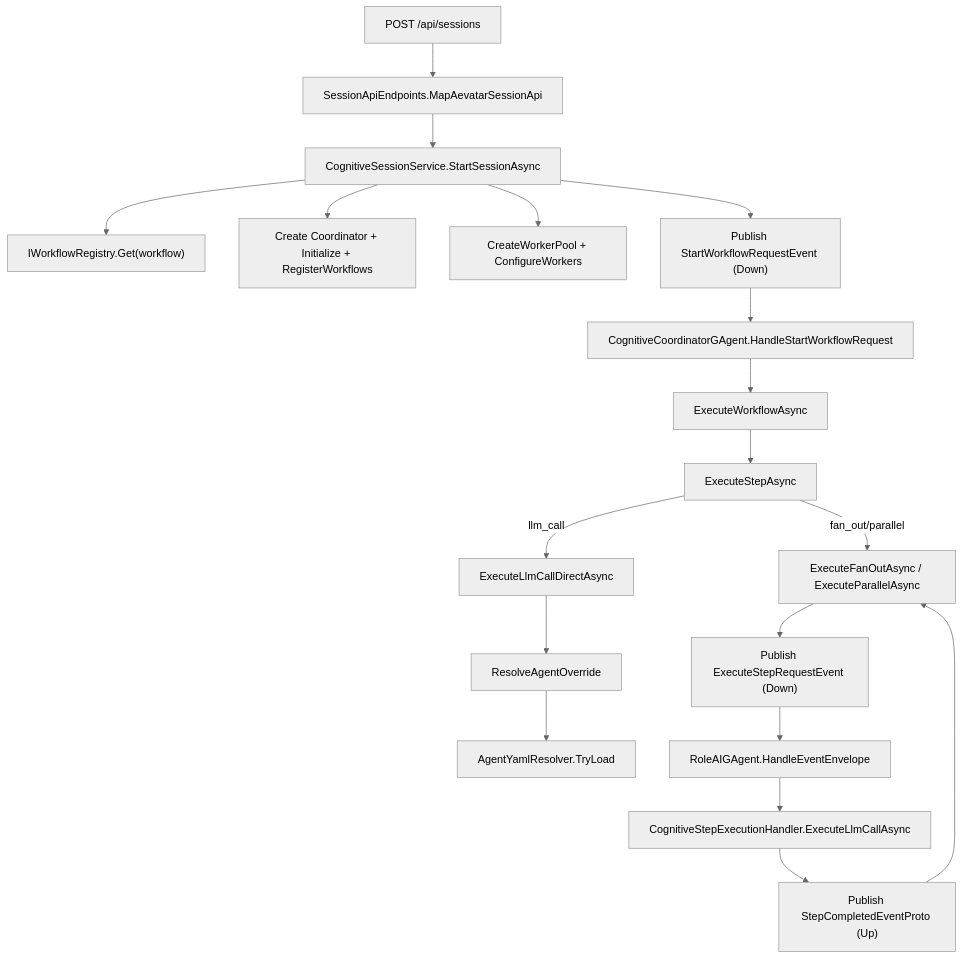
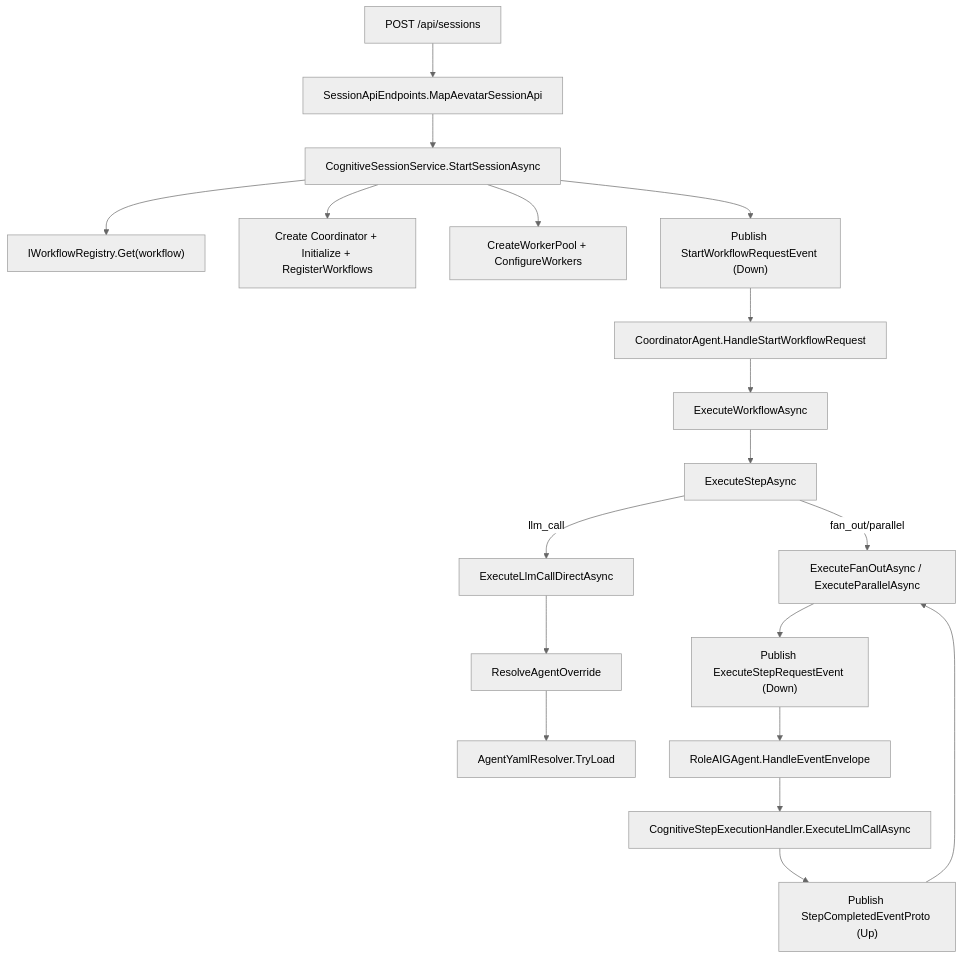
The diagram in src/Aevatar.Agents.Cognitive/docs/SESSION_WORKFLOW_PATH.md (aevatarAI/aevatar-agent-framework), drawn with Mermaid (neutral theme) before and after one commit. The commit also changed other lines of this file and 340 other files, not shown here.

````diff
--- a/src/Aevatar.Agents.Cognitive/docs/SESSION_WORKFLOW_PATH.md
+++ b/src/Aevatar.Agents.Cognitive/docs/SESSION_WORKFLOW_PATH.md
@@ -128,23 +128,23 @@
 ```mermaid
 flowchart TD
   A[POST /api/sessions] --> B[SessionApiEndpoints.MapAevatarSessionApi]
   B --> C[CognitiveSessionService.StartSessionAsync]
   C --> D["IWorkflowRegistry.Get(workflow)"]
   C --> E[Create Coordinator + Initialize + RegisterWorkflows]
   C --> F[CreateWorkerPool + ConfigureWorkers]
   C --> G["Publish StartWorkflowRequestEvent (Down)"]
-  G --> H[CognitiveCoordinatorGAgent.HandleStartWorkflowRequest]
+  G --> H[CoordinatorAgent.HandleStartWorkflowRequest]
   H --> I[ExecuteWorkflowAsync]
   I --> J[ExecuteStepAsync]
 
   J -->|llm_call| K[ExecuteLlmCallDirectAsync]
   K --> L[ResolveAgentOverride]
   L --> M[AgentYamlResolver.TryLoad]
 
   J -->|fan_out/parallel| N[ExecuteFanOutAsync / ExecuteParallelAsync]
   N --> O["Publish ExecuteStepRequestEvent (Down)"]
   O --> P[RoleAIGAgent.HandleEventEnvelope]
   P --> Q[CognitiveStepExecutionHandler.ExecuteLlmCallAsync]
   Q --> R["Publish StepCompletedEventProto (Up)"]
   R --> N
 ```
````
